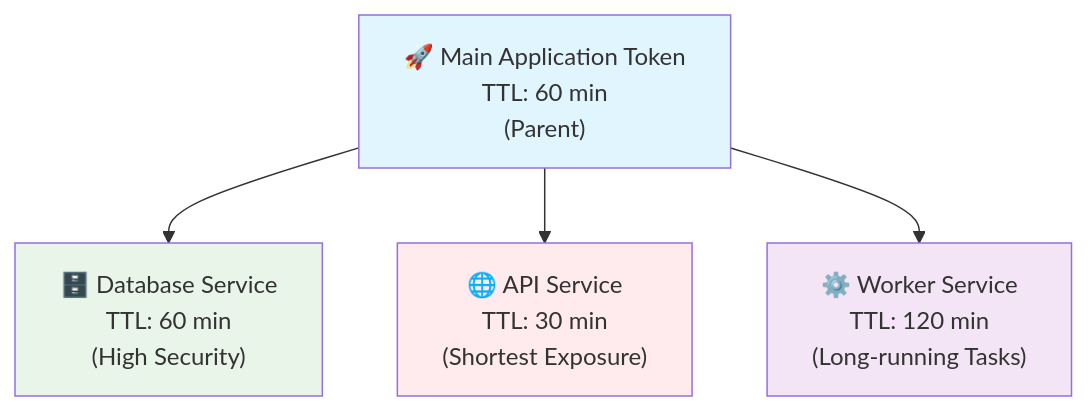
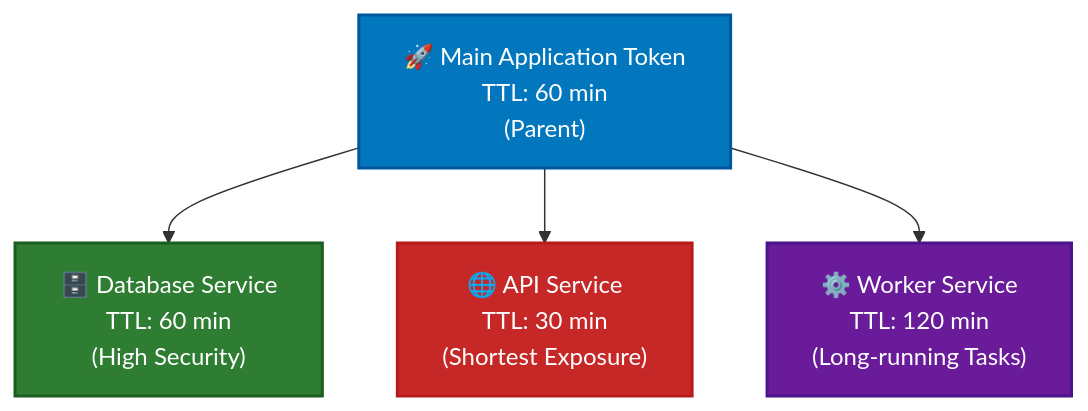
Before and after one commit to samgabrail/akeyless-uid: the second of 2 diagrams in blog-post.md, drawn with Mermaid. The commit also changed other lines of this file, not shown here.

Commit message:
better colors for diagrams

````diff
--- a/blog-post.md
+++ b/blog-post.md
@@ -282,11 +282,11 @@
 ```mermaid
 graph TD
     A["🚀 Main Application Token<br/>TTL: 60 min<br/>(Parent)"] --> B["🗄️ Database Service<br/>TTL: 60 min<br/>(High Security)"]
     A --> C["🌐 API Service<br/>TTL: 30 min<br/>(Shortest Exposure)"]
     A --> D["⚙️ Worker Service<br/>TTL: 120 min<br/>(Long-running Tasks)"]
     
-    style A fill:#e1f5fe
-    style B fill:#e8f5e8
-    style C fill:#ffebee
-    style D fill:#f3e5f5
+    style A fill:#0277bd,stroke:#01579b,stroke-width:2px,color:#ffffff
+    style B fill:#2e7d32,stroke:#1b5e20,stroke-width:2px,color:#ffffff
+    style C fill:#c62828,stroke:#b71c1c,stroke-width:2px,color:#ffffff
+    style D fill:#6a1b9a,stroke:#4a148c,stroke-width:2px,color:#ffffff
 ```
````
